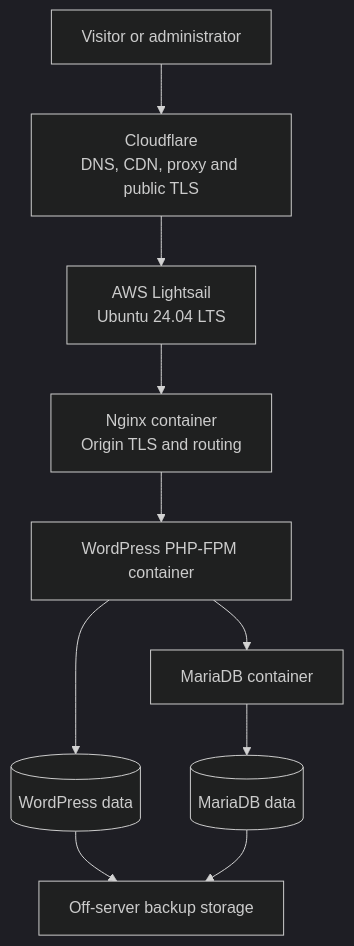
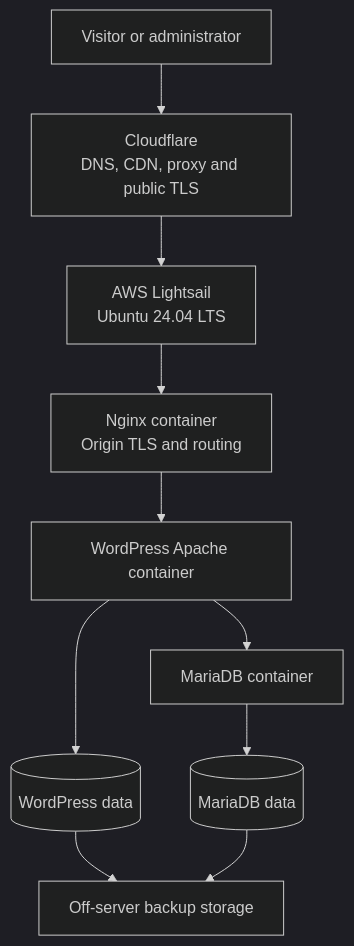
Before and after one commit to nahidjawad/personal-web-platform: the first of 2 diagrams in docs/architecture.md, drawn with Mermaid (dark theme). The commit also changed other lines of this file and 3 other files, not shown here.

Commit message:
docs: record phase 5 architecture decisions

````diff
--- a/docs/architecture.md
+++ b/docs/architecture.md
@@ -14,22 +14,22 @@
 ```mermaid
 flowchart TD
     visitor["Visitor or administrator"]
     cloudflare["Cloudflare<br/>DNS, CDN, proxy and public TLS"]
     lightsail["AWS Lightsail<br/>Ubuntu 24.04 LTS"]
     nginx["Nginx container<br/>Origin TLS and routing"]
-    wordpress["WordPress PHP-FPM container"]
+    wordpress["WordPress Apache container"]
     mariadb["MariaDB container"]
     wpdata[("WordPress data")]
     dbdata[("MariaDB data")]
     backup["Off-server backup storage"]
 
     visitor --> cloudflare
     cloudflare --> lightsail
     lightsail --> nginx
     nginx --> wordpress
     wordpress --> mariadb
     wordpress --> wpdata
     mariadb --> dbdata
     wpdata --> backup
     dbdata --> backup
 ```
````
